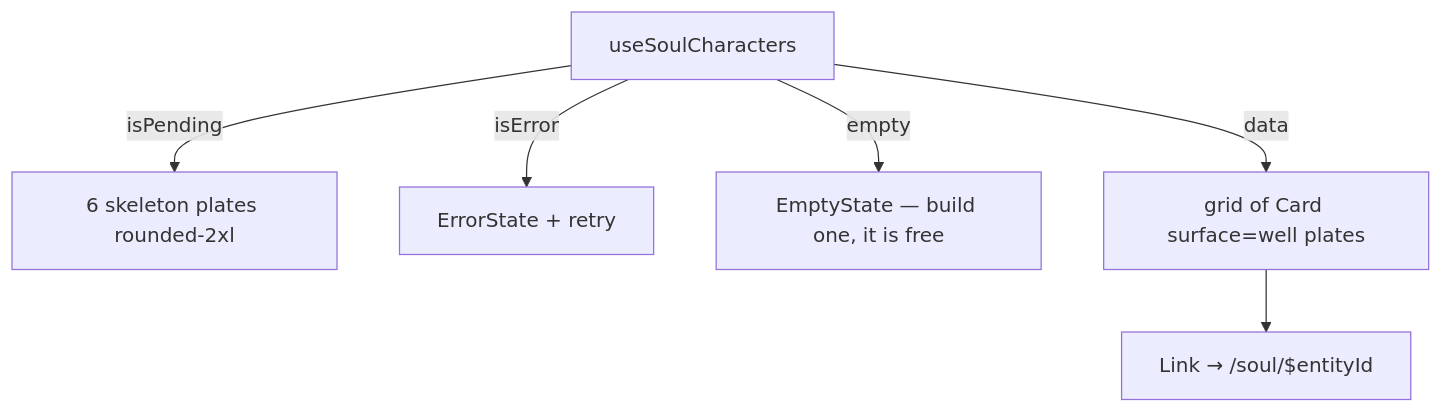
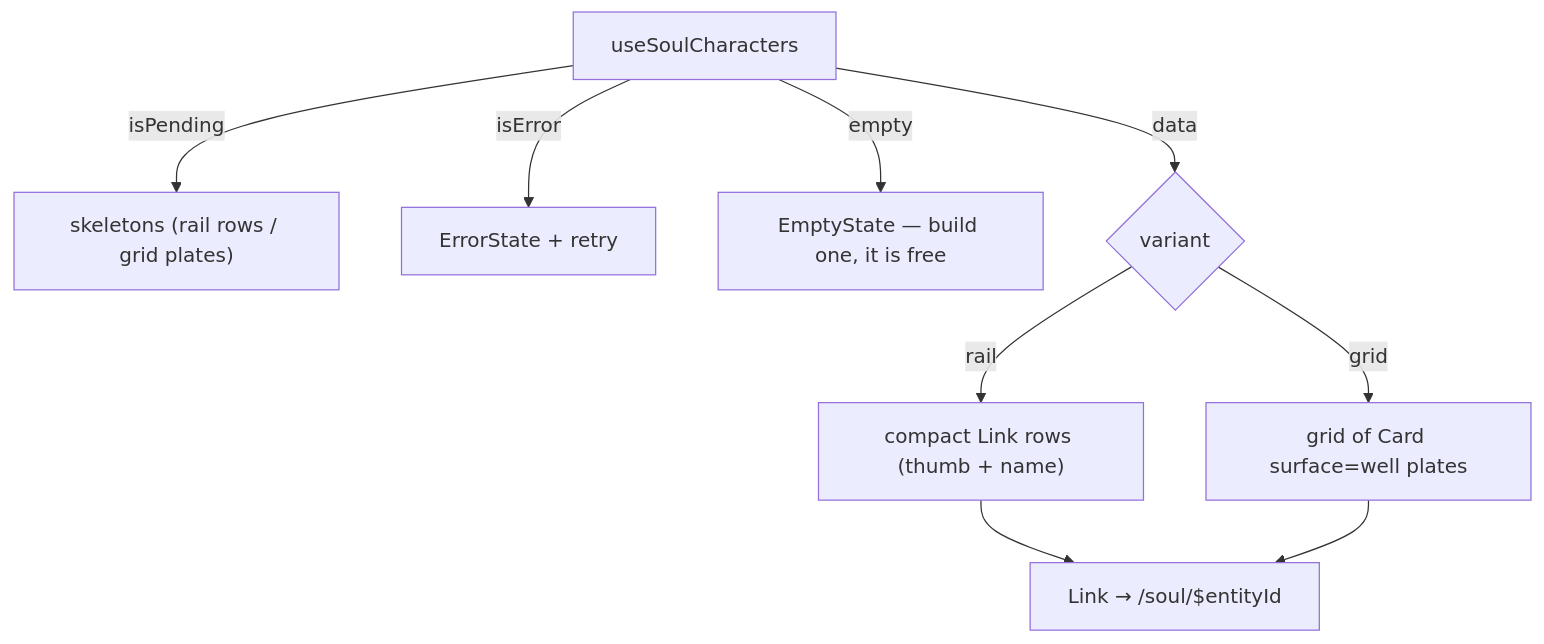
Before and after one commit to AzamatRaimbekov2/openCreate: the diagram in apps/web/src/modules/Soul/components/SoulCharacters.tsx.md, drawn with Mermaid. The commit also changed other lines of this file and 359 other files, not shown here.

````diff
--- a/apps/web/src/modules/Soul/components/SoulCharacters.tsx.md
+++ b/apps/web/src/modules/Soul/components/SoulCharacters.tsx.md
@@ -27,8 +31,10 @@
 ```mermaid
 flowchart TD
-  Q[useSoulCharacters] -->|isPending| SK[6 skeleton plates rounded-2xl]
+  Q[useSoulCharacters] -->|isPending| SK["skeletons (rail rows / grid plates)"]
   Q -->|isError| ER[ErrorState + retry]
   Q -->|empty| EM["EmptyState — build one, it is free"]
-  Q -->|data| GR["grid of Card surface=well plates"]
-  GR --> L["Link → /soul/$entityId"]
+  Q -->|data| V{variant}
+  V -->|rail| RL["compact Link rows (thumb + name)"]
+  V -->|grid| GR["grid of Card surface=well plates"]
+  RL & GR --> L["Link → /soul/$entityId"]
 ```
````
